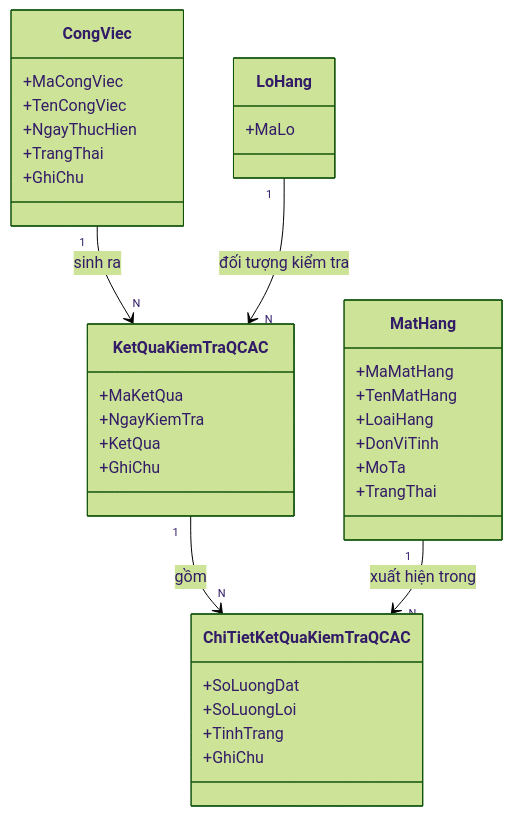
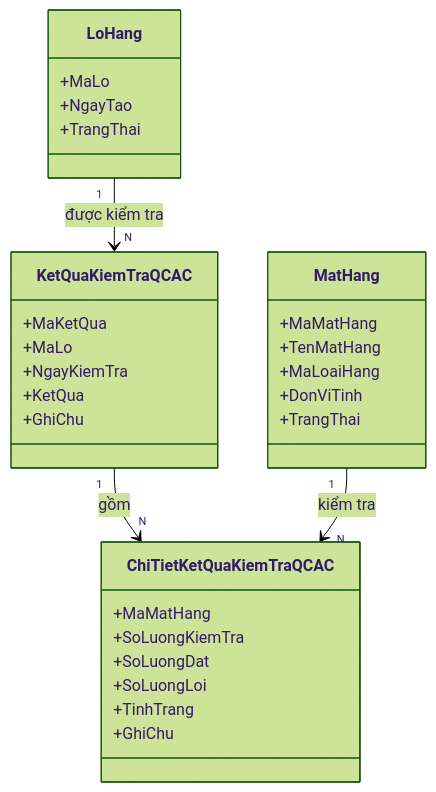
Diagram 11 of 14 in WarehouseSystem_SRS_hoan_chinh.md (vthaix/WarehouseSystem), drawn with Mermaid (forest theme) before and after one commit. The commit also changed other lines of this file, not shown here.

````diff
--- a/WarehouseSystem_SRS_hoan_chinh.md
+++ b/WarehouseSystem_SRS_hoan_chinh.md
@@ -2040,38 +479,39 @@
 ```mermaid
 classDiagram
-    class CongViec {
-        +MaCongViec
-        +TenCongViec
-        +NgayThucHien
-        +TrangThai
-        +GhiChu
-    }
-    class LoHang {
-        +MaLo
-    }
+
     class KetQuaKiemTraQCAC {
         +MaKetQua
+        +MaLo
         +NgayKiemTra
         +KetQua
         +GhiChu
     }
+
     class ChiTietKetQuaKiemTraQCAC {
+        +MaMatHang
+        +SoLuongKiemTra
         +SoLuongDat
         +SoLuongLoi
         +TinhTrang
         +GhiChu
     }
+
+    class LoHang {
+        +MaLo
+        +NgayTao
+        +TrangThai
+    }
+
     class MatHang {
         +MaMatHang
         +TenMatHang
-        +LoaiHang
+        +MaLoaiHang
         +DonViTinh
-        +MoTa
         +TrangThai
     }
 
-    CongViec "1" --> "N" KetQuaKiemTraQCAC : sinh ra
-    LoHang "1" --> "N" KetQuaKiemTraQCAC : đối tượng kiểm tra
+    LoHang "1" --> "N" KetQuaKiemTraQCAC : được kiểm tra
     KetQuaKiemTraQCAC "1" --> "N" ChiTietKetQuaKiemTraQCAC : gồm
-    MatHang "1" --> "N" ChiTietKetQuaKiemTraQCAC : xuất hiện trong
+    MatHang "1" --> "N" ChiTietKetQuaKiemTraQCAC : kiểm tra
+
 ```
````
